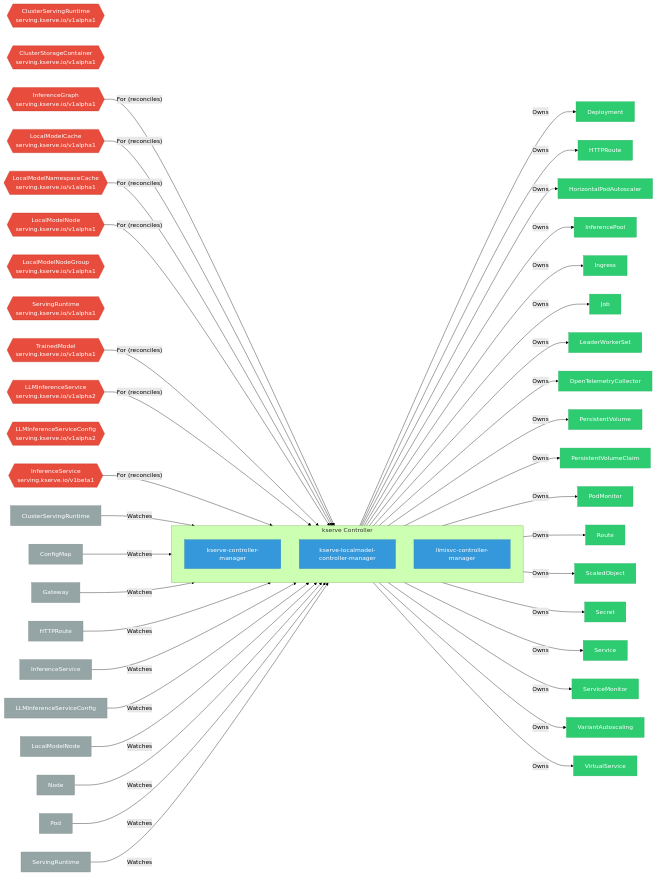
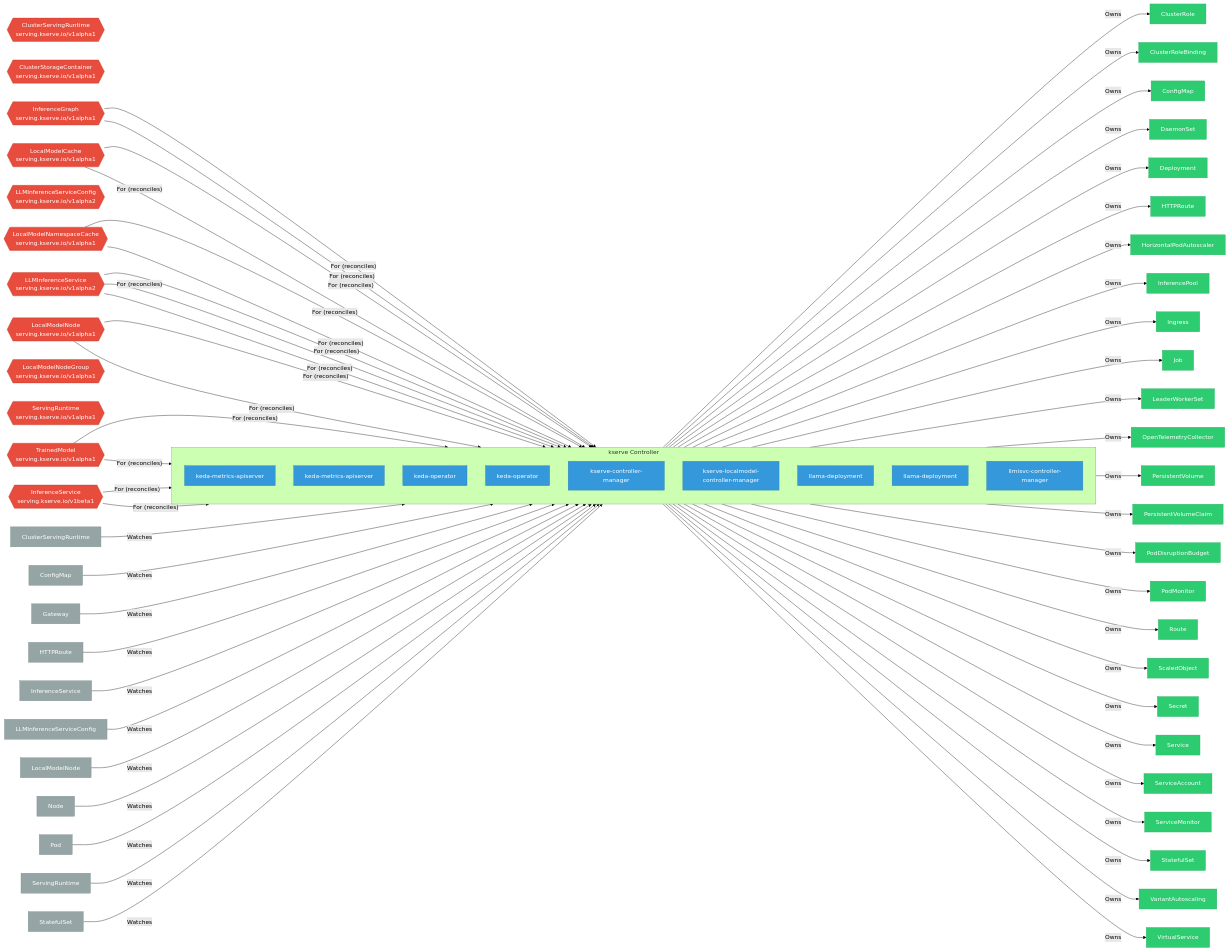
Before and after one commit to ugiordan/rhoai-architecture-analyzer: the diagram in site/docs/use-cases/rhoai-platform/components/kserve/index.md, drawn with Mermaid (forest theme). The commit also changed other lines of this file and 402 other files, not shown here.

````diff
--- a/site/docs/use-cases/rhoai-platform/components/kserve/index.md
+++ b/site/docs/use-cases/rhoai-platform/components/kserve/index.md
@@ -33,14 +33,62 @@
     classDef dep fill:#f39c12,stroke:#e67e22,color:#fff
 
     subgraph controller["kserve Controller"]
-        dep_1["kserve-controller-manager"]
+        dep_1["keda-metrics-apiserver"]
         class dep_1 controller
-        dep_2["kserve-localmodel-controller-manager"]
+        dep_2["keda-metrics-apiserver"]
         class dep_2 controller
-        dep_3["llmisvc-controller-manager"]
+        dep_3["keda-operator"]
         class dep_3 controller
+        dep_4["keda-operator"]
+        class dep_4 controller
+        dep_5["kserve-controller-manager"]
+        class dep_5 controller
+        dep_6["kserve-localmodel-controller-manager"]
+        class dep_6 controller
+        dep_7["llama-deployment"]
+        class dep_7 controller
+        dep_8["llama-deployment"]
+        class dep_8 controller
+        dep_9["llmisvc-controller-manager"]
+        class dep_9 controller
     end
 
+    crd_ClusterServingRuntime{{"ClusterServingRuntime\n/v1alpha1"}}
+    class crd_ClusterServingRuntime crd
+    crd_ClusterStorageContainer{{"ClusterStorageContainer\n/v1alpha1"}}
+    class crd_ClusterStorageContainer crd
+    crd_InferenceGraph{{"InferenceGraph\n/v1alpha1"}}
+    class crd_InferenceGraph crd
+    crd_InferenceGraph -->|"For (reconciles)"| controller
+    crd_LLMInferenceService{{"LLMInferenceService\n/v1alpha1"}}
+    class crd_LLMInferenceService crd
+    crd_LLMInferenceService -->|"For (reconciles)"| controller
+    crd_LLMInferenceServiceConfig{{"LLMInferenceServiceConfig\n/v1alpha1"}}
+    class crd_LLMInferenceServiceConfig crd
+    crd_LocalModelCache{{"LocalModelCache\n/v1alpha1"}}
+    class crd_LocalModelCache crd
+    crd_LocalModelCache -->|"For (reconciles)"| controller
+    crd_LocalModelNamespaceCache{{"LocalModelNamespaceCache\n/v1alpha1"}}
+    class crd_LocalModelNamespaceCache crd
+    crd_LocalModelNamespaceCache -->|"For (reconciles)"| controller
+    crd_LocalModelNode{{"LocalModelNode\n/v1alpha1"}}
+    class crd_LocalModelNode crd
+    crd_LocalModelNode -->|"For (reconciles)"| controller
+    crd_LocalModelNodeGroup{{"LocalModelNodeGroup\n/v1alpha1"}}
+    class crd_LocalModelNodeGroup crd
+    crd_ServingRuntime{{"ServingRuntime\n/v1alpha1"}}
+    class crd_ServingRuntime crd
+    crd_TrainedModel{{"TrainedModel\n/v1alpha1"}}
+    class crd_TrainedModel crd
+    crd_TrainedModel -->|"For (reconciles)"| controller
+    crd_LLMInferenceService{{"LLMInferenceService\n/v1alpha2"}}
+    class crd_LLMInferenceService crd
+    crd_LLMInferenceService -->|"For (reconciles)"| controller
+    crd_LLMInferenceServiceConfig{{"LLMInferenceServiceConfig\n/v1alpha2"}}
+    class crd_LLMInferenceServiceConfig crd
+    crd_InferenceService{{"InferenceService\n/v1beta1"}}
+    class crd_InferenceService crd
+    crd_InferenceService -->|"For (reconciles)"| controller
     crd_ClusterServingRuntime{{"ClusterServingRuntime\nserving.kserve.io/v1alpha1"}}
     class crd_ClusterServingRuntime crd
     crd_ClusterStorageContainer{{"ClusterStorageContainer\nserving.kserve.io/v1alpha1"}}
@@ -72,60 +120,76 @@
     crd_InferenceService{{"InferenceService\nserving.kserve.io/v1beta1"}}
     class crd_InferenceService crd
     crd_InferenceService -->|"For (reconciles)"| controller
-    controller -->|"Owns"| owned_4["Deployment"]
-    class owned_4 owned
-    controller -->|"Owns"| owned_5["HTTPRoute"]
-    class owned_5 owned
-    controller -->|"Owns"| owned_6["HorizontalPodAutoscaler"]
-    class owned_6 owned
-    controller -->|"Owns"| owned_7["InferencePool"]
-    class owned_7 owned
-    controller -->|"Owns"| owned_8["Ingress"]
-    class owned_8 owned
-    controller -->|"Owns"| owned_9["Job"]
-    class owned_9 owned
-    controller -->|"Owns"| owned_10["LeaderWorkerSet"]
+    controller -->|"Owns"| owned_10["ClusterRole"]
     class owned_10 owned
-    controller -->|"Owns"| owned_11["OpenTelemetryCollector"]
+    controller -->|"Owns"| owned_11["ClusterRoleBinding"]
     class owned_11 owned
-    controller -->|"Owns"| owned_12["PersistentVolume"]
+    controller -->|"Owns"| owned_12["ConfigMap"]
     class owned_12 owned
-    controller -->|"Owns"| owned_13["PersistentVolumeClaim"]
+    controller -->|"Owns"| owned_13["DaemonSet"]
     class owned_13 owned
-    controller -->|"Owns"| owned_14["PodMonitor"]
+    controller -->|"Owns"| owned_14["Deployment"]
     class owned_14 owned
-    controller -->|"Owns"| owned_15["Route"]
+    controller -->|"Owns"| owned_15["HTTPRoute"]
     class owned_15 owned
-    controller -->|"Owns"| owned_16["ScaledObject"]
+    controller -->|"Owns"| owned_16["HorizontalPodAutoscaler"]
     class owned_16 owned
-    controller -->|"Owns"| owned_17["Secret"]
+    controller -->|"Owns"| owned_17["InferencePool"]
     class owned_17 owned
-    controller -->|"Owns"| owned_18["Service"]
+    controller -->|"Owns"| owned_18["Ingress"]
     class owned_18 owned
-    controller -->|"Owns"| owned_19["ServiceMonitor"]
+    controller -->|"Owns"| owned_19["Job"]
     class owned_19 owned
-    controller -->|"Owns"| owned_20["VariantAutoscaling"]
+    controller -->|"Owns"| owned_20["LeaderWorkerSet"]
     class owned_20 owned
-    controller -->|"Owns"| owned_21["VirtualService"]
+    controller -->|"Owns"| owned_21["OpenTelemetryCollector"]
     class owned_21 owned
-    watch_22["ClusterServingRuntime"] -->|"Watches"| controller
-    class watch_22 external
-    watch_23["ConfigMap"] -->|"Watches"| controller
-    class watch_23 external
-    watch_24["Gateway"] -->|"Watches"| controller
-    class watch_24 external
-    watch_25["HTTPRoute"] -->|"Watches"| controller
-    class watch_25 external
-    watch_26["InferenceService"] -->|"Watches"| controller
-    class watch_26 external
-    watch_27["LLMInferenceServiceConfig"] -->|"Watches"| controller
-    class watch_27 external
-    watch_28["LocalModelNode"] -->|"Watches"| controller
-    class watch_28 external
-    watch_29["Node"] -->|"Watches"| controller
-    class watch_29 external
-    watch_30["Pod"] -->|"Watches"| controller
-    class watch_30 external
-    watch_31["ServingRuntime"] -->|"Watches"| controller
-    class watch_31 external
+    controller -->|"Owns"| owned_22["PersistentVolume"]
+    class owned_22 owned
+    controller -->|"Owns"| owned_23["PersistentVolumeClaim"]
+    class owned_23 owned
+    controller -->|"Owns"| owned_24["PodDisruptionBudget"]
+    class owned_24 owned
+    controller -->|"Owns"| owned_25["PodMonitor"]
+    class owned_25 owned
+    controller -->|"Owns"| owned_26["Route"]
+    class owned_26 owned
+    controller -->|"Owns"| owned_27["ScaledObject"]
+    class owned_27 owned
+    controller -->|"Owns"| owned_28["Secret"]
+    class owned_28 owned
+    controller -->|"Owns"| owned_29["Service"]
+    class owned_29 owned
+    controller -->|"Owns"| owned_30["ServiceAccount"]
+    class owned_30 owned
+    controller -->|"Owns"| owned_31["ServiceMonitor"]
+    class owned_31 owned
+    controller -->|"Owns"| owned_32["StatefulSet"]
+    class owned_32 owned
+    controller -->|"Owns"| owned_33["VariantAutoscaling"]
+    class owned_33 owned
+    controller -->|"Owns"| owned_34["VirtualService"]
+    class owned_34 owned
+    watch_35["ClusterServingRuntime"] -->|"Watches"| controller
+    class watch_35 external
+    watch_36["ConfigMap"] -->|"Watches"| controller
+    class watch_36 external
+    watch_37["Gateway"] -->|"Watches"| controller
+    class watch_37 external
+    watch_38["HTTPRoute"] -->|"Watches"| controller
+    class watch_38 external
+    watch_39["InferenceService"] -->|"Watches"| controller
+    class watch_39 external
+    watch_40["LLMInferenceServiceConfig"] -->|"Watches"| controller
+    class watch_40 external
+    watch_41["LocalModelNode"] -->|"Watches"| controller
+    class watch_41 external
+    watch_42["Node"] -->|"Watches"| controller
+    class watch_42 external
+    watch_43["Pod"] -->|"Watches"| controller
+    class watch_43 external
+    watch_44["ServingRuntime"] -->|"Watches"| controller
+    class watch_44 external
+    watch_45["StatefulSet"] -->|"Watches"| controller
+    class watch_45 external
 ```
````
